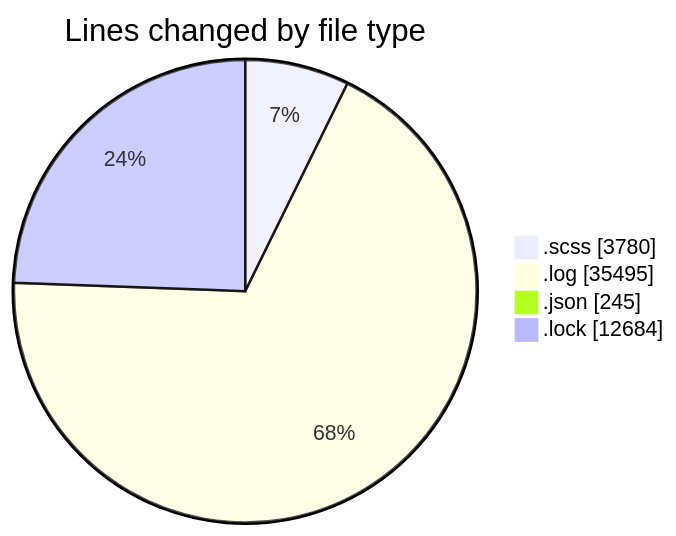
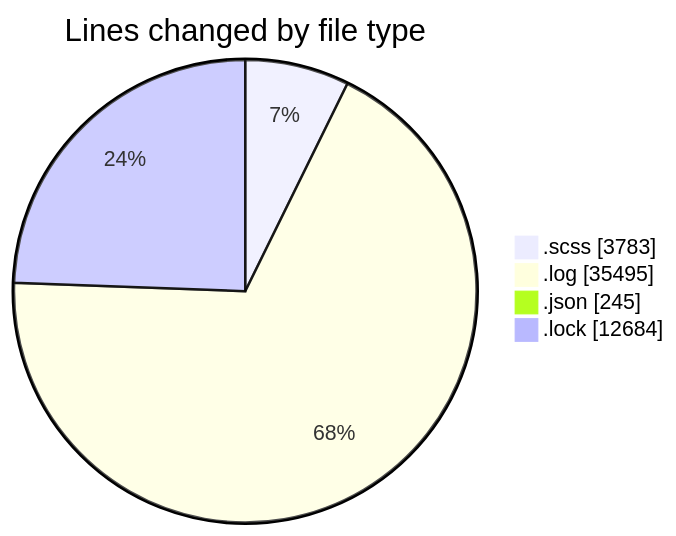
Before and after one commit to momahboobian/code-tracking: the first of 2 diagrams in 2026-01-21/cda/README.md, drawn with Mermaid. The commit also changed other lines of this file and 1 other file, not shown here.

````diff
--- a/2026-01-21/cda/README.md
+++ b/2026-01-21/cda/README.md
@@ -41,8 +41,8 @@
 ```mermaid
 pie showData
 title Lines changed by file type
-".scss" : 3780
+".scss" : 3783
 ".log" : 35495
 ".json" : 245
 ".lock" : 12684
 ```
````
